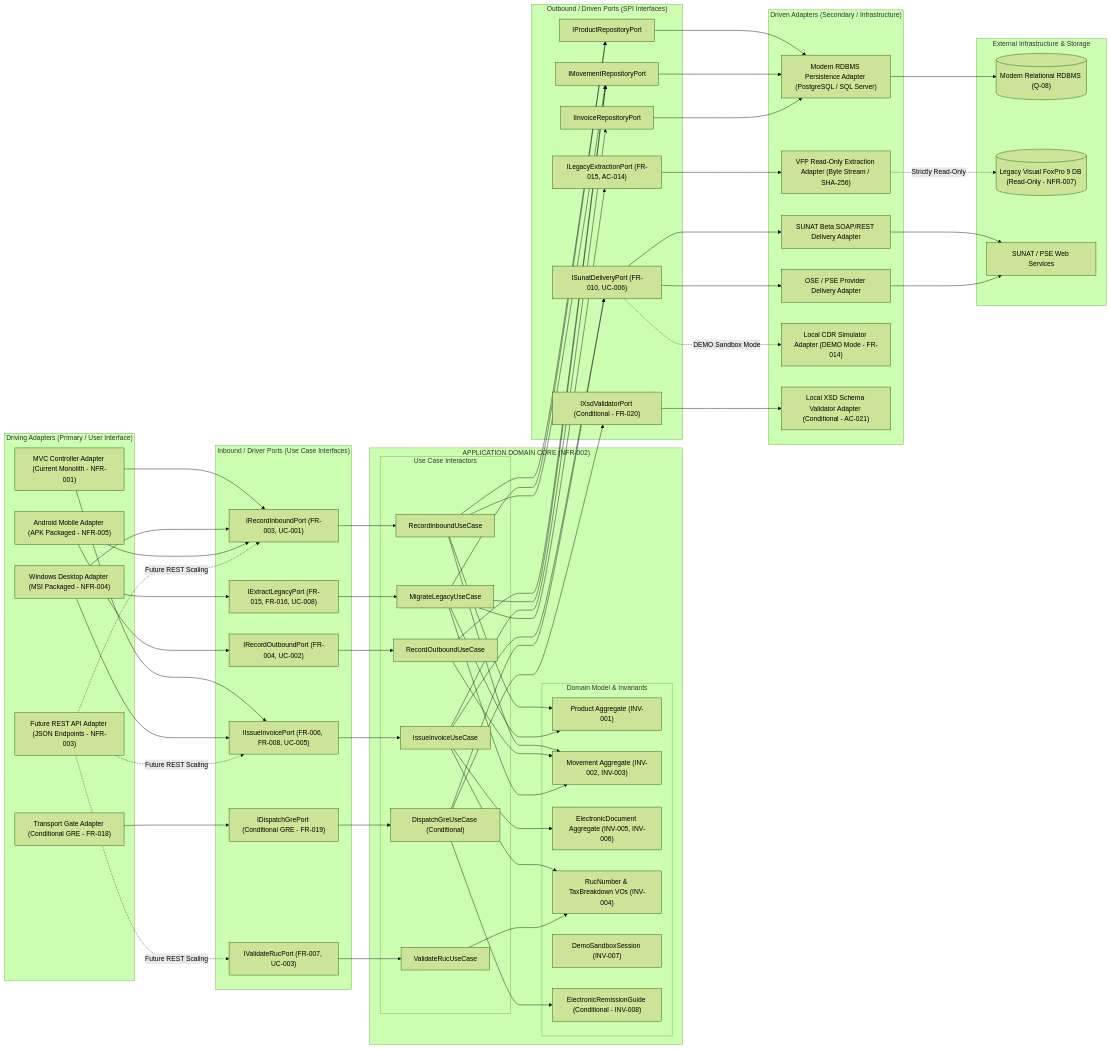
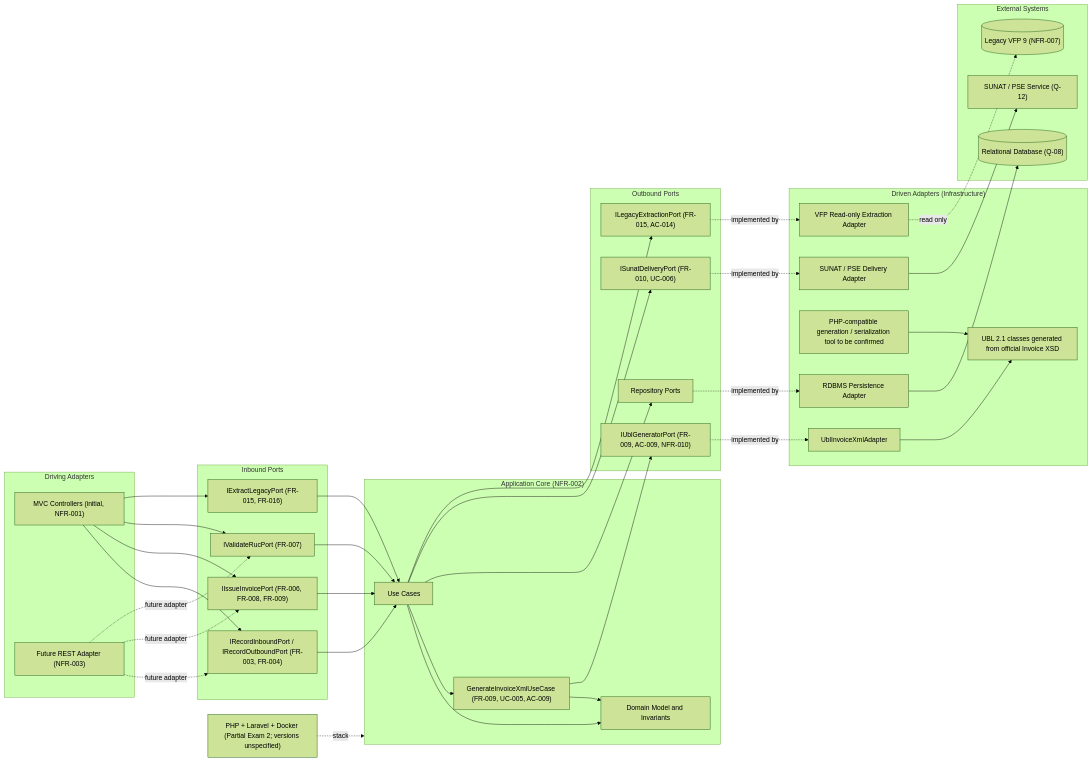
The diagram in diagrams/future-hexagonal.mmd (Quiroga07/Examen), drawn with Mermaid (forest theme) before and after one commit. The commit also changed 8 other files, not shown here.

Commit message:
define invoice XML generation architecture

```diff
--- a/diagrams/future-hexagonal.mmd
+++ b/diagrams/future-hexagonal.mmd
@@ -1,127 +1,71 @@
 flowchart LR
-    %% Driving (Inbound) Adapters
-    subgraph DrivingAdapters ["Driving Adapters (Primary / User Interface)"]
-        MvcAdapter["MVC Controller Adapter (Current Monolith - NFR-001)"]
-        DesktopAdapter["Windows Desktop Adapter (MSI Packaged - NFR-004)"]
-        MobileAdapter["Android Mobile Adapter (APK Packaged - NFR-005)"]
-        RestApiAdapter["Future REST API Adapter (JSON Endpoints - NFR-003)"]
-        GateAdapter["Transport Gate Adapter (Conditional GRE - FR-018)"]
+    Stack["PHP + Laravel + Docker (Partial Exam 2; versions unspecified)"]
+
+    subgraph Driving["Driving Adapters"]
+        Mvc["MVC Controllers (initial, NFR-001)"]
+        Rest["Future REST Adapter (NFR-003)"]
     end
 
-    %% Inbound / Driver Ports
-    subgraph InboundPorts ["Inbound / Driver Ports (Use Case Interfaces)"]
-        PortInbound["IRecordInboundPort (FR-003, UC-001)"]
-        PortOutbound["IRecordOutboundPort (FR-004, UC-002)"]
-        PortInvoice["IIssueInvoicePort (FR-006, FR-008, UC-005)"]
-        PortRuc["IValidateRucPort (FR-007, UC-003)"]
-        PortMigrate["IExtractLegacyPort (FR-015, FR-016, UC-008)"]
-        PortGre["IDispatchGrePort (Conditional GRE - FR-019)"]
+    subgraph Inbound["Inbound Ports"]
+        MovementPorts["IRecordInboundPort / IRecordOutboundPort (FR-003, FR-004)"]
+        InvoicePort["IIssueInvoicePort (FR-006, FR-008, FR-009)"]
+        RucPort["IValidateRucPort (FR-007)"]
+        MigrationPort["IExtractLegacyPort (FR-015, FR-016)"]
     end
 
-    %% Application Domain Core
-    subgraph HexagonCore ["APPLICATION DOMAIN CORE (NFR-002)"]
-        subgraph UseCases ["Use Case Interactors"]
-            UcInbound["RecordInboundUseCase"]
-            UcOutbound["RecordOutboundUseCase"]
-            UcInvoice["IssueInvoiceUseCase"]
-            UcRuc["ValidateRucUseCase"]
-            UcMigrate["MigrateLegacyUseCase"]
-            UcGre["DispatchGreUseCase (Conditional)"]
-        end
-
-        subgraph DomainEntities ["Domain Model & Invariants"]
-            ProductCore["Product Aggregate (INV-001)"]
-            MovementCore["Movement Aggregate (INV-002, INV-003)"]
-            InvoiceCore["ElectronicDocument Aggregate (INV-005, INV-006)"]
-            RucTaxCore["RucNumber & TaxBreakdown VOs (INV-004)"]
-            DemoCore["DemoSandboxSession (INV-007)"]
-            GreCore["ElectronicRemissionGuide (Conditional - INV-008)"]
-        end
+    subgraph Core["Application Core (NFR-002)"]
+        UseCases["Use Cases"]
+        Domain["Domain Model and Invariants"]
+        GenerateXml["GenerateInvoiceXmlUseCase (FR-009, UC-005, AC-009)"]
     end
 
-    %% Outbound / Driven Ports
-    subgraph OutboundPorts ["Outbound / Driven Ports (SPI Interfaces)"]
-        PortProductRepo["IProductRepositoryPort"]
-        PortMovementRepo["IMovementRepositoryPort"]
-        PortInvoiceRepo["IInvoiceRepositoryPort"]
-        PortSunatDelivery["ISunatDeliveryPort (FR-010, UC-006)"]
-        PortLegacyExtractor["ILegacyExtractionPort (FR-015, AC-014)"]
-        PortXsdValidator["IXsdValidatorPort (Conditional - FR-020)"]
+    subgraph Outbound["Outbound Ports"]
+        RepositoryPorts["Repository Ports"]
+        XmlPort["IUblGeneratorPort (FR-009, AC-009, NFR-010)"]
+        DeliveryPort["ISunatDeliveryPort (FR-010, UC-006)"]
+        LegacyPort["ILegacyExtractionPort (FR-015, AC-014)"]
     end
 
-    %% Driven (Outbound) Adapters
-    subgraph DrivenAdapters ["Driven Adapters (Secondary / Infrastructure)"]
-        RdbmsAdapter["Modern RDBMS Persistence Adapter (PostgreSQL / SQL Server)"]
-        VfpExtractorAdapter["VFP Read-Only Extraction Adapter (Byte Stream / SHA-256)"]
-        SunatBetaAdapter["SUNAT Beta SOAP/REST Delivery Adapter"]
-        OseProviderAdapter["OSE / PSE Provider Delivery Adapter"]
-        SimulatorAdapter["Local CDR Simulator Adapter (DEMO Mode - FR-014)"]
-        XsdSchemaAdapter["Local XSD Schema Validator Adapter (Conditional - AC-021)"]
+    subgraph Driven["Driven Adapters (Infrastructure)"]
+        RepositoryAdapter["RDBMS Persistence Adapter"]
+        XmlAdapter["UblInvoiceXmlAdapter"]
+        UblTypes["UBL 2.1 classes generated from official Invoice XSD"]
+        PhpTool["PHP-compatible generation / serialization tool to be confirmed"]
+        SunatAdapter["SUNAT / PSE Delivery Adapter"]
+        LegacyAdapter["VFP Read-only Extraction Adapter"]
     end
 
-    %% External Infrastructure
-    subgraph ExternalSystems ["External Infrastructure & Storage"]
-        TargetDatabase[("Modern Relational RDBMS (Q-08)")]
-        LegacyVfpFiles[("Legacy Visual FoxPro 9 DB (Read-Only - NFR-007)")]
-        SunatWebService["SUNAT / PSE Web Services"]
+    subgraph Systems["External Systems"]
+        Database[("Relational Database (Q-08)")]
+        Vfp[("Legacy VFP 9 (NFR-007)")]
+        Sunat["SUNAT / PSE Service (Q-12)"]
     end
 
-    %% Connectors: Driving Adapters to Inbound Ports
-    MvcAdapter --> PortInbound
-    MvcAdapter --> PortInvoice
-    DesktopAdapter --> PortInbound
-    DesktopAdapter --> PortInvoice
-    DesktopAdapter --> PortMigrate
-    MobileAdapter --> PortInbound
-    MobileAdapter --> PortOutbound
-    RestApiAdapter -.->|Future REST Scaling| PortInbound
-    RestApiAdapter -.->|Future REST Scaling| PortInvoice
-    RestApiAdapter -.->|Future REST Scaling| PortRuc
-    GateAdapter --> PortGre
-
-    %% Connectors: Inbound Ports to Use Cases
-    PortInbound --> UcInbound
-    PortOutbound --> UcOutbound
-    PortInvoice --> UcInvoice
-    PortRuc --> UcRuc
-    PortMigrate --> UcMigrate
-    PortGre --> UcGre
-
-    %% Connectors: Use Cases to Domain Model
-    UcInbound --> MovementCore
-    UcInbound --> ProductCore
-    UcOutbound --> MovementCore
-    UcInvoice --> InvoiceCore
-    UcInvoice --> RucTaxCore
-    UcRuc --> RucTaxCore
-    UcMigrate --> ProductCore
-    UcMigrate --> MovementCore
-    UcGre --> GreCore
-
-    %% Connectors: Use Cases to Outbound Ports
-    UcInbound --> PortProductRepo
-    UcInbound --> PortMovementRepo
-    UcOutbound --> PortMovementRepo
-    UcInvoice --> PortInvoiceRepo
-    UcInvoice --> PortSunatDelivery
-    UcMigrate --> PortLegacyExtractor
-    UcMigrate --> PortProductRepo
-    UcMigrate --> PortMovementRepo
-    UcGre --> PortXsdValidator
-    UcGre --> PortSunatDelivery
-
-    %% Connectors: Outbound Ports to Driven Adapters
-    PortProductRepo --> RdbmsAdapter
-    PortMovementRepo --> RdbmsAdapter
-    PortInvoiceRepo --> RdbmsAdapter
-    PortLegacyExtractor --> VfpExtractorAdapter
-    PortSunatDelivery --> SunatBetaAdapter
-    PortSunatDelivery --> OseProviderAdapter
-    PortSunatDelivery -.->|DEMO Sandbox Mode| SimulatorAdapter
-    PortXsdValidator --> XsdSchemaAdapter
-
-    %% Connectors: Driven Adapters to External Systems
-    RdbmsAdapter --> TargetDatabase
-    VfpExtractorAdapter -.->|Strictly Read-Only| LegacyVfpFiles
-    SunatBetaAdapter --> SunatWebService
-    OseProviderAdapter --> SunatWebService
+    Stack -. stack .-> Core
+    Mvc --> MovementPorts
+    Mvc --> InvoicePort
+    Mvc --> RucPort
+    Mvc --> MigrationPort
+    Rest -. future adapter .-> MovementPorts
+    Rest -. future adapter .-> InvoicePort
+    Rest -. future adapter .-> RucPort
+    MovementPorts --> UseCases
+    InvoicePort --> UseCases
+    RucPort --> UseCases
+    MigrationPort --> UseCases
+    UseCases --> Domain
+    UseCases --> GenerateXml
+    GenerateXml --> Domain
+    GenerateXml --> XmlPort
+    XmlPort -. implemented by .-> XmlAdapter
+    XmlAdapter --> UblTypes
+    PhpTool --> UblTypes
+    UseCases --> RepositoryPorts
+    RepositoryPorts -. implemented by .-> RepositoryAdapter
+    RepositoryAdapter --> Database
+    UseCases --> DeliveryPort
+    DeliveryPort -. implemented by .-> SunatAdapter
+    SunatAdapter --> Sunat
+    UseCases --> LegacyPort
+    LegacyPort -. implemented by .-> LegacyAdapter
+    LegacyAdapter -. read only .-> Vfp
```
